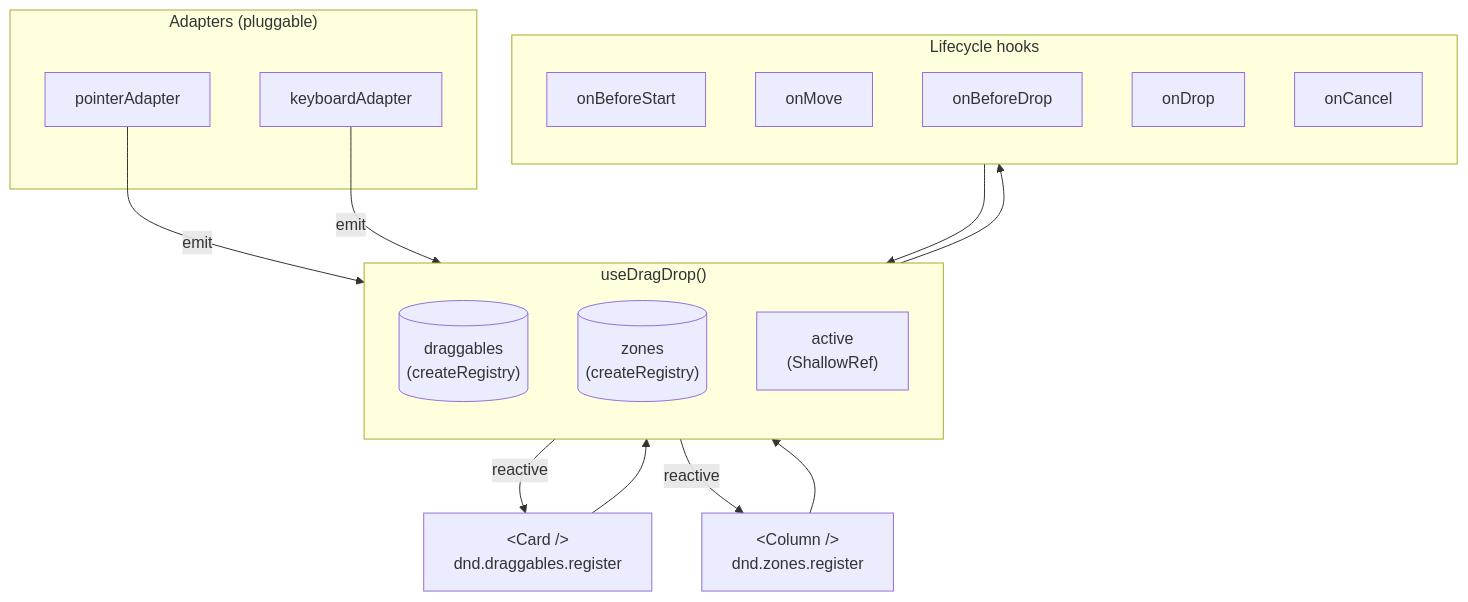
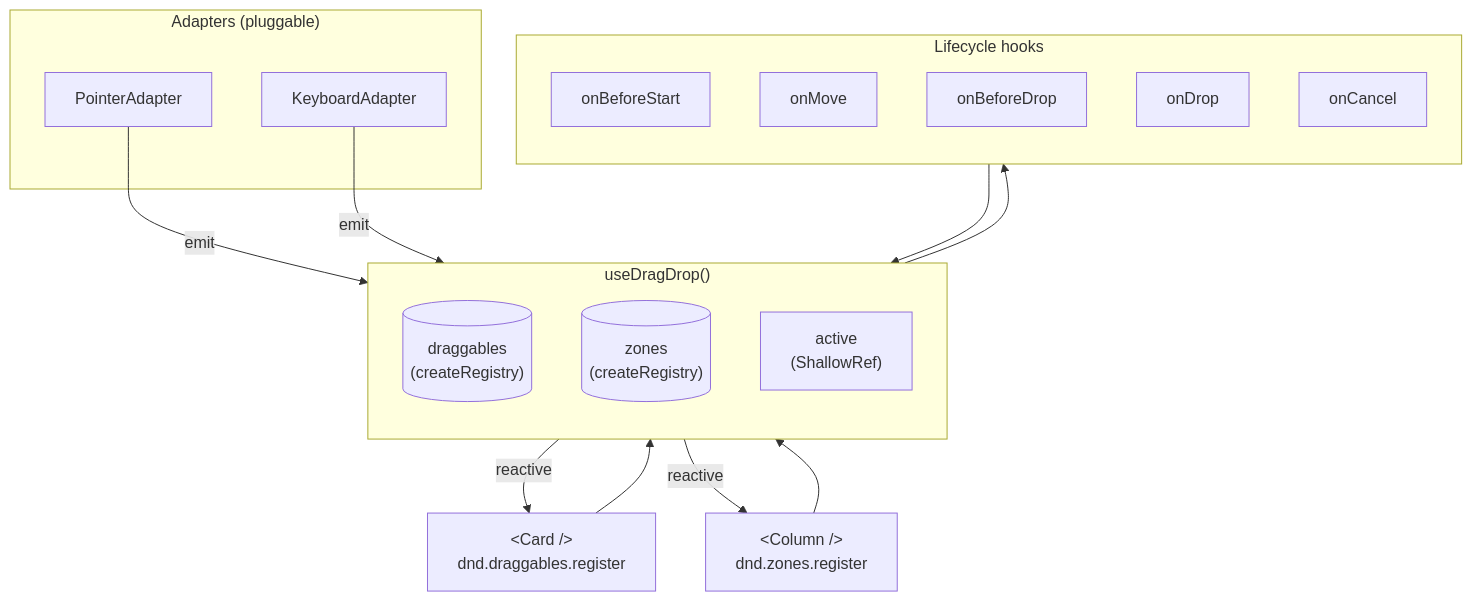
One commit to vuetifyjs/0 changed the diagram in apps/docs/src/pages/composables/system/use-drag-drop.md. Above: the diagram before and after it, drawn with Mermaid. The commit also changed other lines of this file and 4 other files, not shown here.

````diff
--- a/apps/docs/src/pages/composables/system/use-drag-drop.md
+++ b/apps/docs/src/pages/composables/system/use-drag-drop.md
@@ -53,34 +54,34 @@
 ```mermaid "useDragDrop architecture"
 flowchart TD
   subgraph factory["useDragDrop()"]
     direction TB
     draggables[("draggables<br/>(createRegistry)")]
     zones[("zones<br/>(createRegistry)")]
     active["active<br/>(ShallowRef)"]
   end
 
   subgraph adapters["Adapters (pluggable)"]
-    pointer["pointerAdapter"]
-    keyboard["keyboardAdapter"]
+    pointer["PointerAdapter"]
+    keyboard["KeyboardAdapter"]
   end
 
   subgraph hooks["Lifecycle hooks"]
     direction TB
     onBeforeStart
     onMove
     onBeforeDrop
     onDrop
     onCancel
   end
 
   child1["&lt;Card /&gt;<br/>dnd.draggables.register"] --> draggables
   child2["&lt;Column /&gt;<br/>dnd.zones.register"] --> zones
 
   pointer -->|emit| factory
   keyboard -->|emit| factory
   factory --> hooks
   hooks --> active
 
   active -->|reactive| child1
   active -->|reactive| child2
 ```
````
